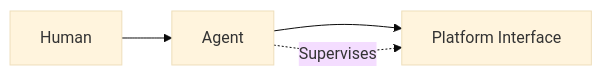
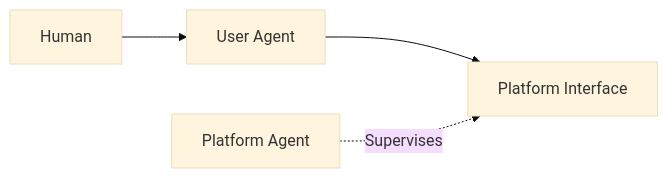
Before and after one commit to xixiaofinland/blog: the second of 3 diagrams in src/headless-360.md, drawn with Mermaid (base theme). The commit also changed other lines of this file and 2 other files, not shown here.

````diff
--- a/src/headless-360.md
+++ b/src/headless-360.md
@@ -31,6 +31,6 @@
 ```mermaid
 graph LR
-    Human[Human] --> Agent[Agent]
-    Agent --> Platform[Platform Interface]
-    Agent -.->|Supervises| Platform
+    Human[Human] --> UserAgent[User Agent]
+    UserAgent --> PlatformInterface[Platform Interface]
+    PlatformAgent[Platform Agent] -.->|Supervises| PlatformInterface
 ```
````
